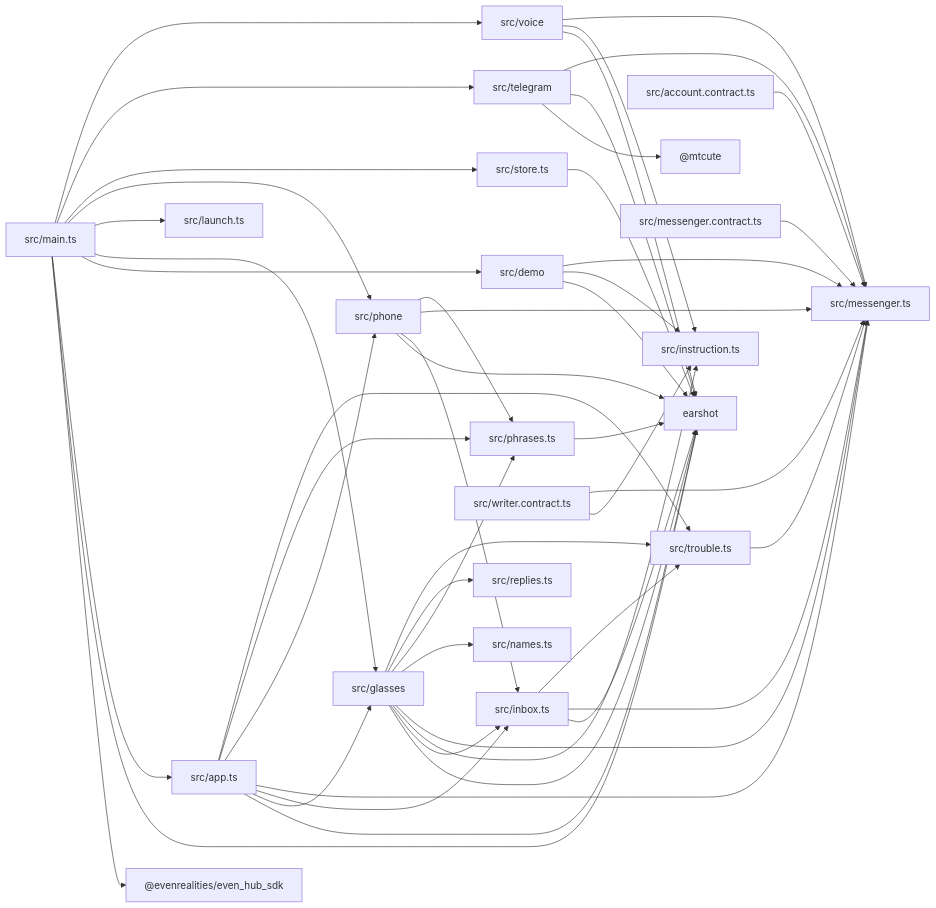
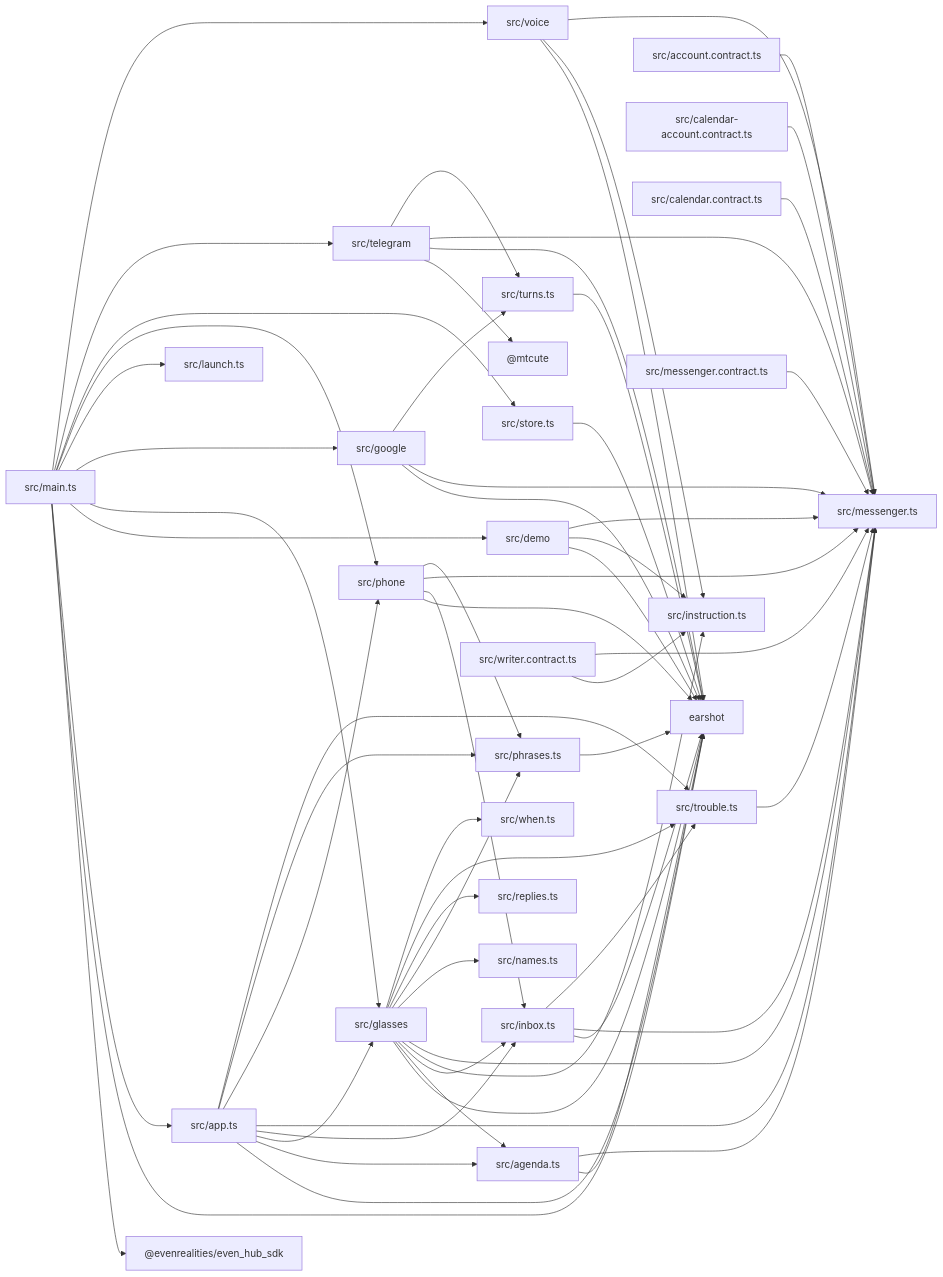
The second of 2 diagrams in docs/architecture.md (jarekbird/paper-plane), drawn with Mermaid before and after one commit. The commit also changed other lines of this file and 81 other files, not shown here.

First line of the commit message:
Telegram + Calendar: your next meeting on the list, and an answer that adds the meeting (#18)

```diff
--- a/docs/architecture.md
+++ b/docs/architecture.md
@@ -86,9 +92,13 @@
   _mtcute["@mtcute"]
   earshot["earshot"]
   src_account_contract_ts["src/account.contract.ts"]
+  src_agenda_ts["src/agenda.ts"]
   src_app_ts["src/app.ts"]
+  src_calendar_account_contract_ts["src/calendar-account.contract.ts"]
+  src_calendar_contract_ts["src/calendar.contract.ts"]
   src_demo["src/demo"]
   src_glasses["src/glasses"]
+  src_google["src/google"]
   src_inbox_ts["src/inbox.ts"]
   src_instruction_ts["src/instruction.ts"]
   src_launch_ts["src/launch.ts"]
@@ -102,20 +112,28 @@
   src_store_ts["src/store.ts"]
   src_telegram["src/telegram"]
   src_trouble_ts["src/trouble.ts"]
+  src_turns_ts["src/turns.ts"]
   src_voice["src/voice"]
+  src_when_ts["src/when.ts"]
   src_writer_contract_ts["src/writer.contract.ts"]
   src_account_contract_ts --> src_messenger_ts
+  src_agenda_ts --> earshot
+  src_agenda_ts --> src_messenger_ts
   src_app_ts --> earshot
+  src_app_ts --> src_agenda_ts
   src_app_ts --> src_glasses
   src_app_ts --> src_inbox_ts
   src_app_ts --> src_messenger_ts
   src_app_ts --> src_phone
   src_app_ts --> src_phrases_ts
   src_app_ts --> src_trouble_ts
+  src_calendar_account_contract_ts --> src_messenger_ts
+  src_calendar_contract_ts --> src_messenger_ts
   src_demo --> earshot
   src_demo --> src_instruction_ts
   src_demo --> src_messenger_ts
   src_glasses --> earshot
+  src_glasses --> src_agenda_ts
   src_glasses --> src_inbox_ts
   src_glasses --> src_instruction_ts
   src_glasses --> src_messenger_ts
@@ -123,6 +141,10 @@
   src_glasses --> src_phrases_ts
   src_glasses --> src_replies_ts
   src_glasses --> src_trouble_ts
+  src_glasses --> src_when_ts
+  src_google --> earshot
+  src_google --> src_messenger_ts
+  src_google --> src_turns_ts
   src_inbox_ts --> earshot
   src_inbox_ts --> src_messenger_ts
   src_inbox_ts --> src_trouble_ts
@@ -131,6 +153,7 @@
   src_main_ts --> src_app_ts
   src_main_ts --> src_demo
   src_main_ts --> src_glasses
+  src_main_ts --> src_google
   src_main_ts --> src_launch_ts
   src_main_ts --> src_phone
   src_main_ts --> src_store_ts
@@ -146,7 +169,9 @@
   src_telegram --> _mtcute
   src_telegram --> earshot
   src_telegram --> src_messenger_ts
+  src_telegram --> src_turns_ts
   src_trouble_ts --> src_messenger_ts
+  src_turns_ts --> earshot
   src_voice --> earshot
   src_voice --> src_instruction_ts
   src_voice --> src_messenger_ts
```
